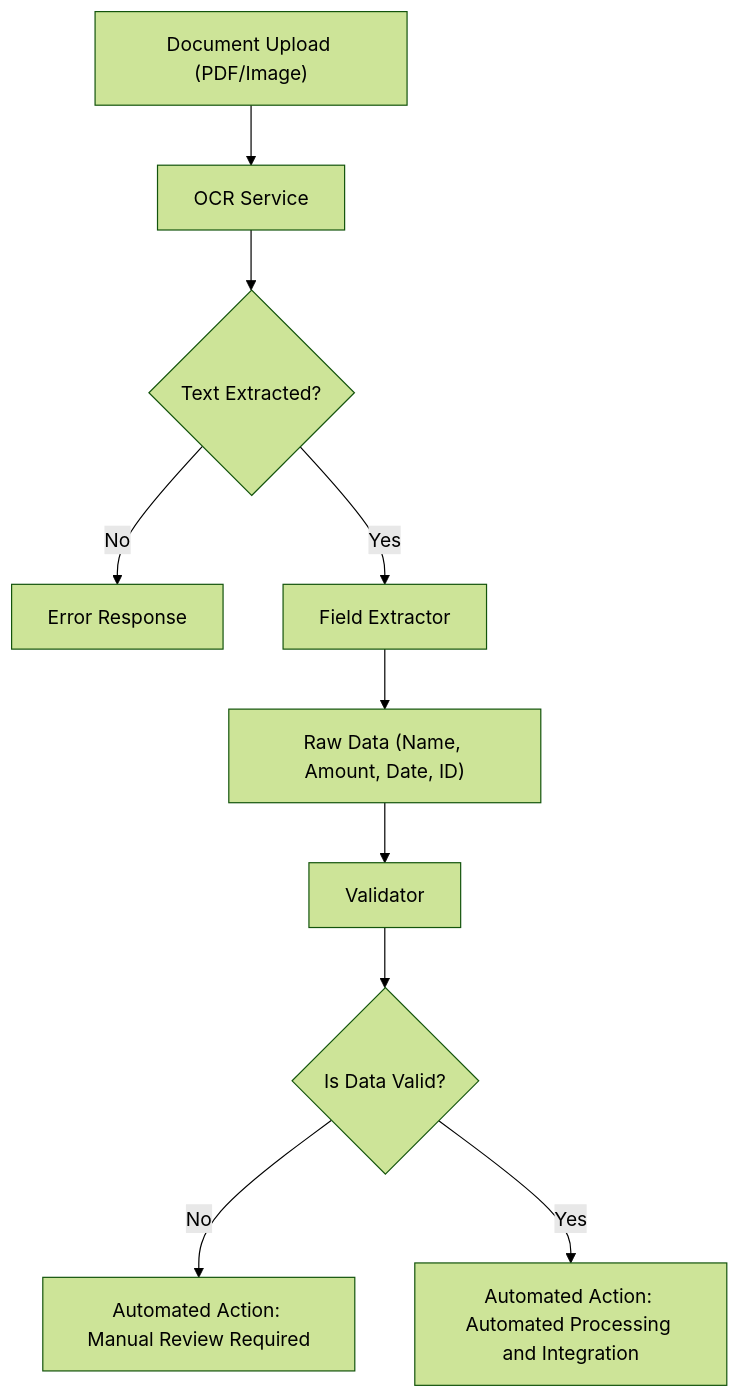
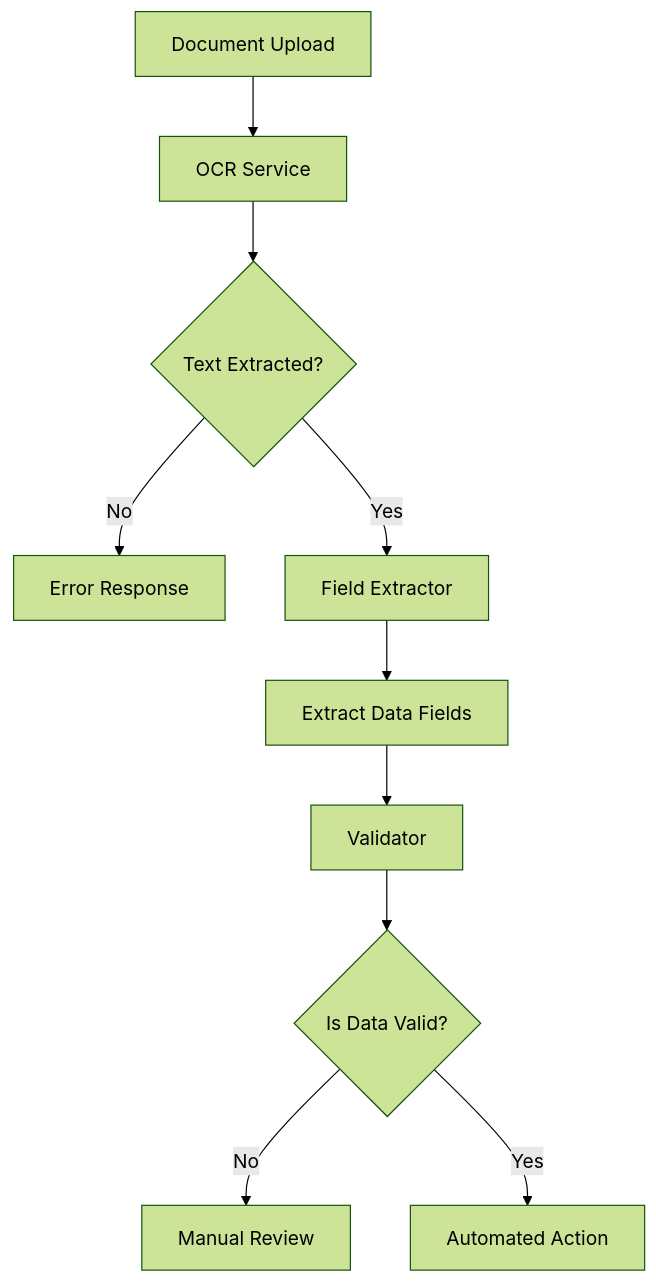
The diagram in README.md (VAMSIPOLIPARTHI/ocr), drawn with Mermaid (forest theme) before and after one commit.

Commit message:
Simplify mermaid syntax completely

````diff
--- a/README.md
+++ b/README.md
@@ -26,12 +26,12 @@
 ```mermaid
-flowchart TD
-    A["Document Upload (PDF/Image)"] --> B["OCR Service"]
-    B --> C{"Text Extracted?"}
-    C -->|No| D["Error Response"]
-    C -->|Yes| E["Field Extractor"]
-    E --> F["Raw Data (Name, Amount, Date, ID)"]
-    F --> G["Validator"]
-    G --> H{"Is Data Valid?"}
-    H -->|No| I["Automated Action: Manual Review Required"]
-    H -->|Yes| J["Automated Action: Automated Processing and Integration"]
+graph TD
+    A[Document Upload] --> B[OCR Service]
+    B --> C{Text Extracted?}
+    C -->|No| D[Error Response]
+    C -->|Yes| E[Field Extractor]
+    E --> F[Extract Data Fields]
+    F --> G[Validator]
+    G --> H{Is Data Valid?}
+    H -->|No| I[Manual Review]
+    H -->|Yes| J[Automated Action]
 ```
````
